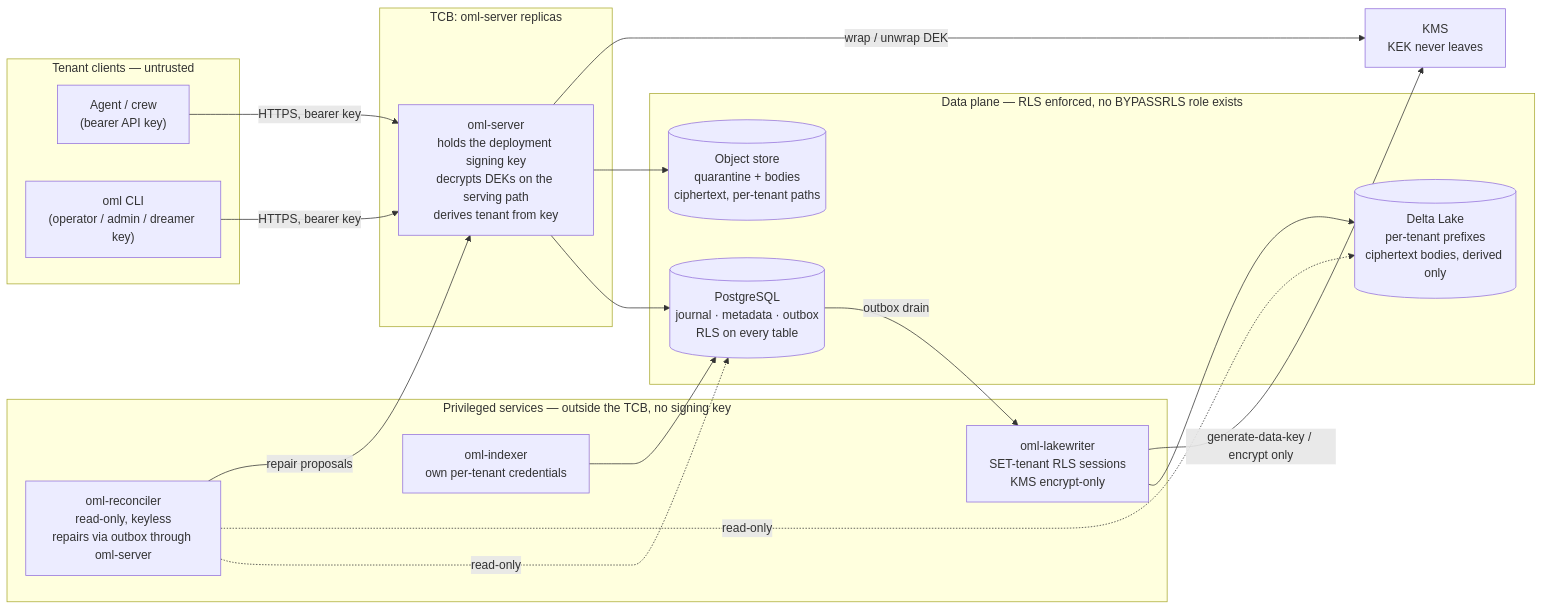
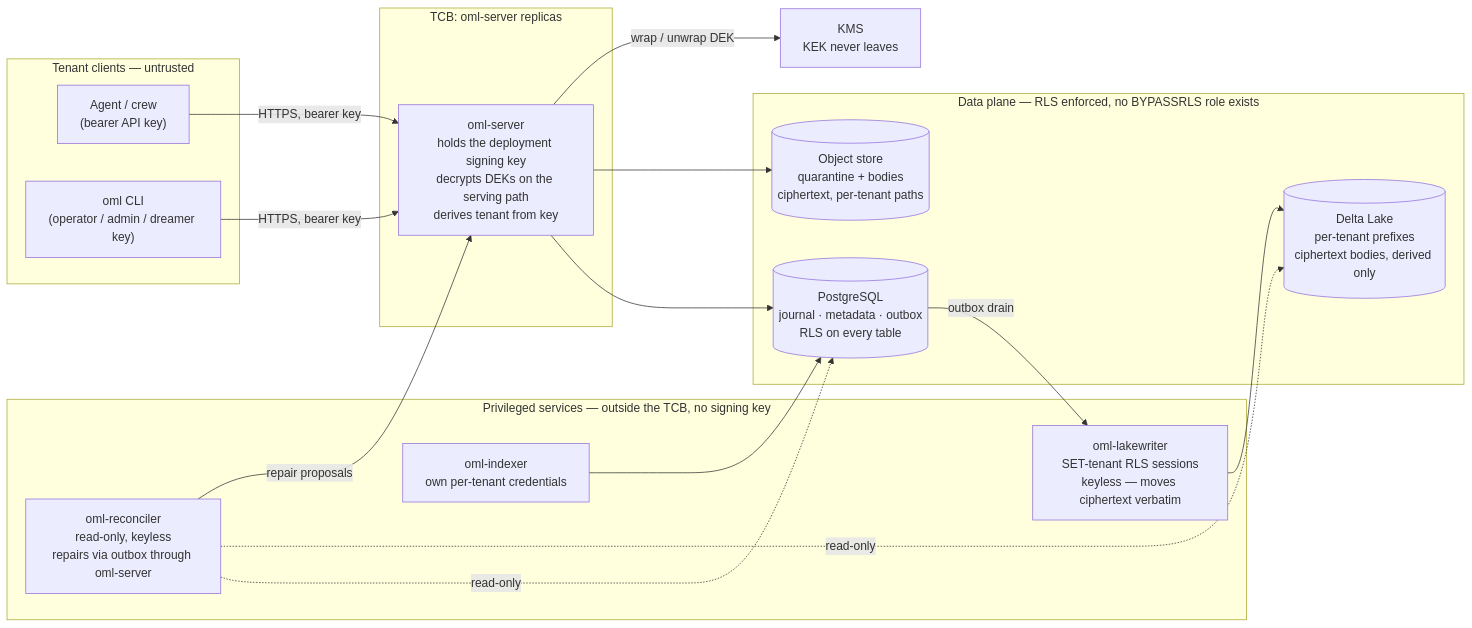
Before and after one commit to e8kor/open-memory-lab: the diagram in docs/architecture/security.md, drawn with Mermaid. The commit also changed other lines of this file and 37 other files, not shown here.

````diff
--- a/docs/architecture/security.md
+++ b/docs/architecture/security.md
@@ -175,38 +180,37 @@
 ```mermaid
 flowchart LR
   subgraph clients["Tenant clients — untrusted"]
     A["Agent / crew<br/>(bearer API key)"]
     CLI["oml CLI<br/>(operator / admin / dreamer key)"]
   end
 
   subgraph tcb["TCB: oml-server replicas"]
     S["oml-server<br/>holds the deployment signing key<br/>decrypts DEKs on the serving path<br/>derives tenant from key"]
   end
 
   subgraph data["Data plane — RLS enforced, no BYPASSRLS role exists"]
     PG[("PostgreSQL<br/>journal · metadata · outbox<br/>RLS on every table")]
     OS[("Object store<br/>quarantine + bodies<br/>ciphertext, per-tenant paths")]
     DL[("Delta Lake<br/>per-tenant prefixes<br/>ciphertext bodies, derived only")]
   end
 
   subgraph priv["Privileged services — outside the TCB, no signing key"]
-    LW["oml-lakewriter<br/>SET-tenant RLS sessions<br/>KMS encrypt-only"]
+    LW["oml-lakewriter<br/>SET-tenant RLS sessions<br/>keyless — moves ciphertext verbatim"]
     RC["oml-reconciler<br/>read-only, keyless<br/>repairs via outbox through oml-server"]
     IX["oml-indexer<br/>own per-tenant credentials"]
   end
 
   KMS["KMS<br/>KEK never leaves"]
 
   A -- "HTTPS, bearer key" --> S
   CLI -- "HTTPS, bearer key" --> S
   S --> PG
   S --> OS
   S -- "wrap / unwrap DEK" --> KMS
   PG -- "outbox drain" --> LW
   LW --> DL
-  LW -- "generate-data-key / encrypt only" --> KMS
   RC -. "read-only" .-> PG
   RC -. "read-only" .-> DL
   RC -- "repair proposals" --> S
   IX --> PG
 ```
````
